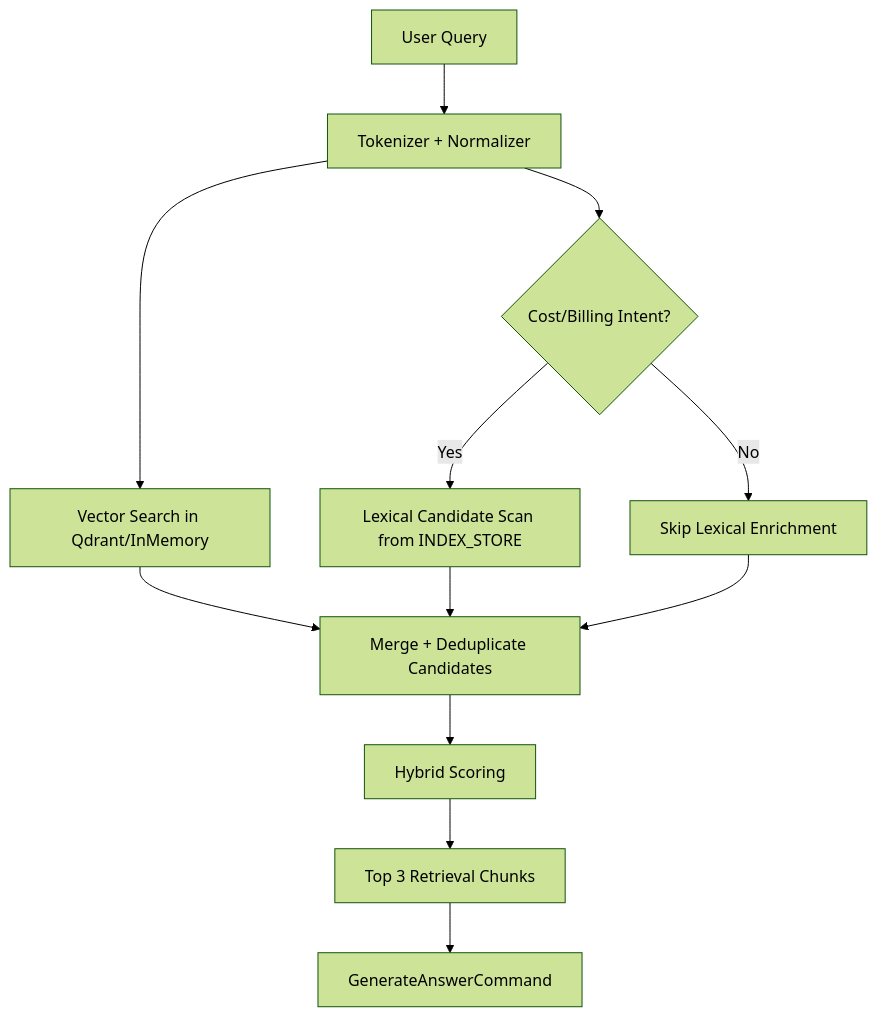
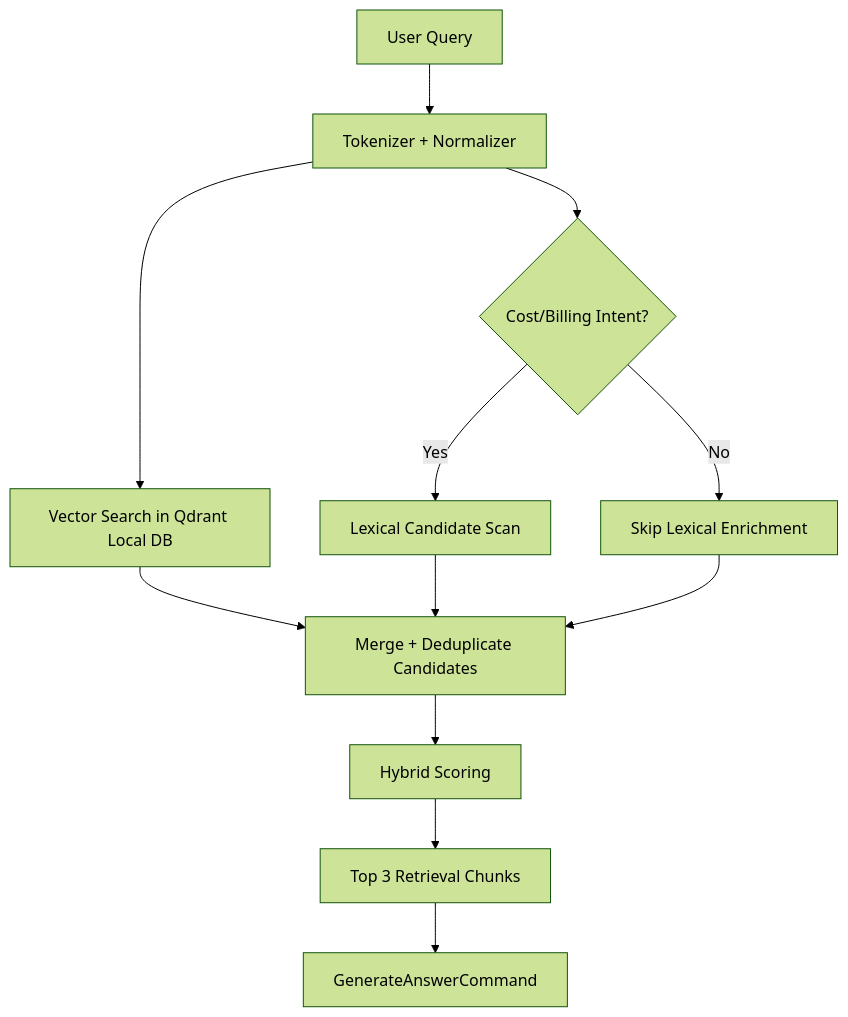
The diagram in README.md (aryan68125/ai_knowledgebase_poc), drawn with Mermaid (forest theme) before and after one commit. The commit also changed other lines of this file and 19 other files, not shown here.

````diff
--- a/README.md
+++ b/README.md
@@ -54,14 +37,14 @@
 ```mermaid
 flowchart TD
     A[User Query] --> B[Tokenizer + Normalizer]
-    B --> C[Vector Search in Qdrant/InMemory]
+    B --> C[Vector Search in Qdrant Local DB]
     B --> D{Cost/Billing Intent?}
-    D -- Yes --> E[Lexical Candidate Scan from INDEX_STORE]
+    D -- Yes --> E[Lexical Candidate Scan]
     D -- No --> F[Skip Lexical Enrichment]
     C --> G[Merge + Deduplicate Candidates]
     E --> G
     F --> G
     G --> H[Hybrid Scoring]
     H --> I[Top 3 Retrieval Chunks]
     I --> J[GenerateAnswerCommand]
 ```
````
